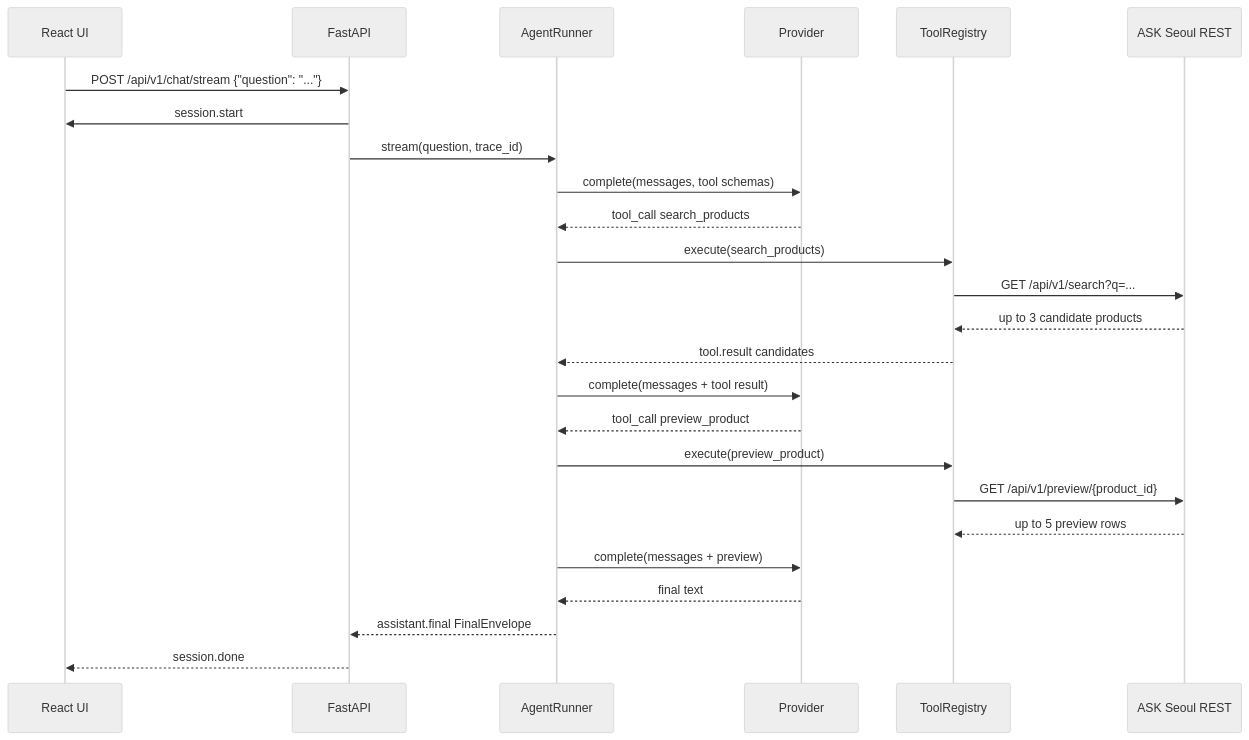
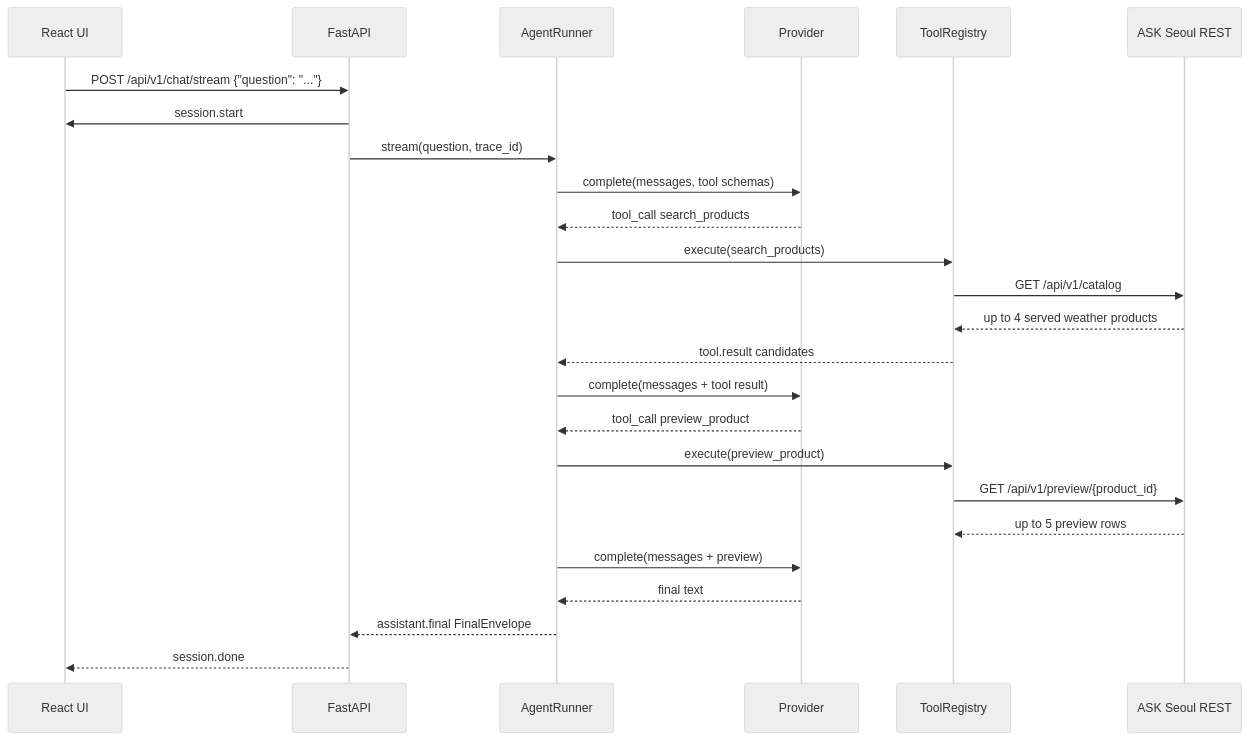
One commit to masondev1024/ask-seoul-agent changed the second of 2 diagrams in README.md. Above: the diagram before and after it, drawn with Mermaid (neutral theme). The commit also changed other lines of this file and 33 other files, not shown here.

````diff
--- a/README.md
+++ b/README.md
@@ -46,28 +48,28 @@
 ```mermaid
 sequenceDiagram
   participant UI as React UI
   participant API as FastAPI
   participant Agent as AgentRunner
   participant Provider as Provider
   participant Tools as ToolRegistry
   participant Ask as ASK Seoul REST
 
   UI->>API: POST /api/v1/chat/stream {"question": "..."}
   API->>UI: session.start
   API->>Agent: stream(question, trace_id)
   Agent->>Provider: complete(messages, tool schemas)
   Provider-->>Agent: tool_call search_products
   Agent->>Tools: execute(search_products)
-  Tools->>Ask: GET /api/v1/search?q=...
-  Ask-->>Tools: up to 3 candidate products
+  Tools->>Ask: GET /api/v1/catalog
+  Ask-->>Tools: up to 4 served weather products
   Tools-->>Agent: tool.result candidates
   Agent->>Provider: complete(messages + tool result)
   Provider-->>Agent: tool_call preview_product
   Agent->>Tools: execute(preview_product)
   Tools->>Ask: GET /api/v1/preview/{product_id}
   Ask-->>Tools: up to 5 preview rows
   Agent->>Provider: complete(messages + preview)
   Provider-->>Agent: final text
   Agent-->>API: assistant.final FinalEnvelope
   API-->>UI: session.done
 ```
````
